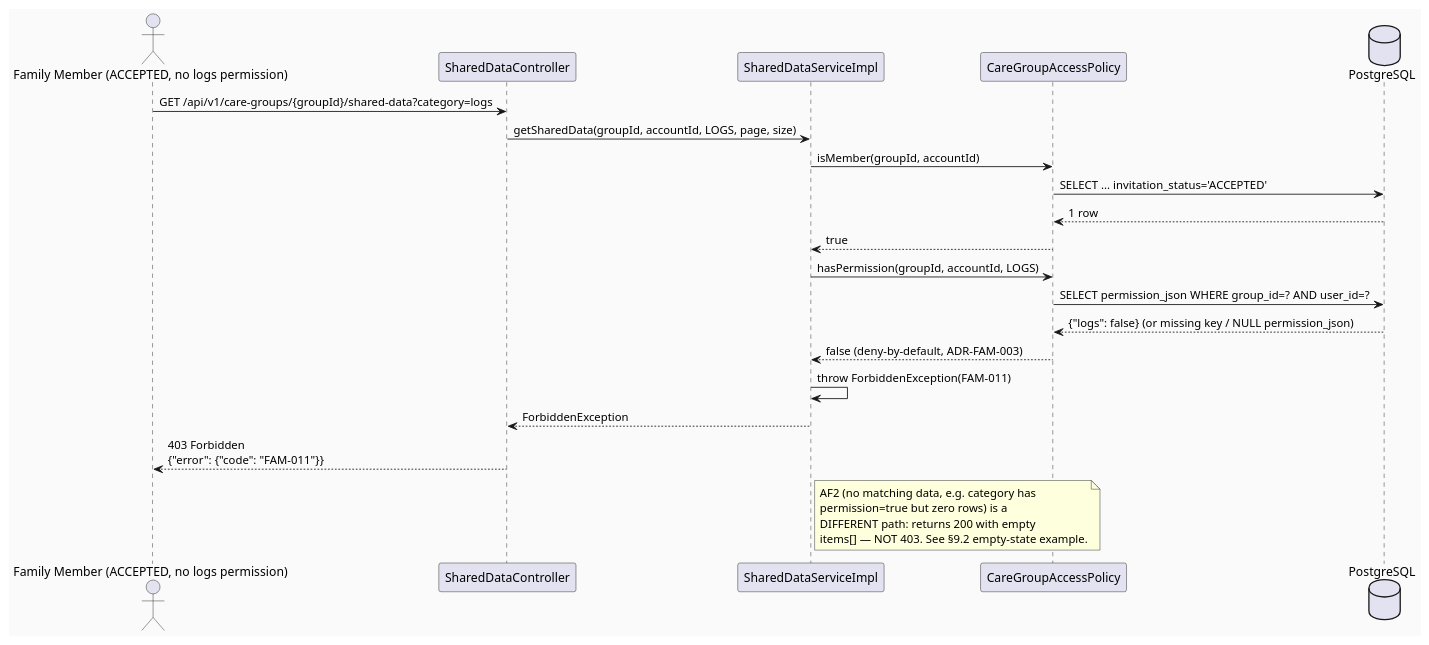
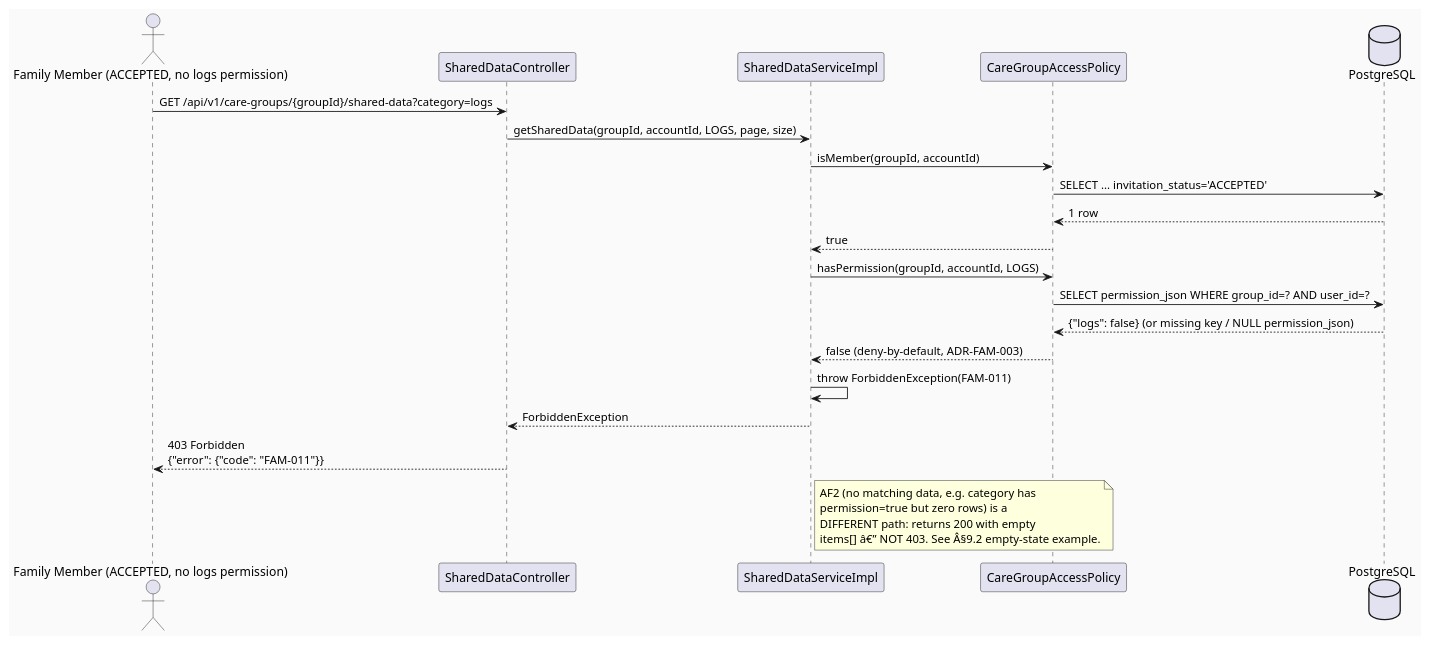
One commit to ChuongBDHE172784/CareBridge_SEP490_G79 changed the third of 3 diagrams in 04_Implement/UC84_ViewSharedData/UC84_ViewSharedData_TDS.md. Above: the diagram before and after it, drawn with PlantUML. The commit also changed other lines of this file and 174 other files, not shown here.

````diff
--- a/04_Implement/UC84_ViewSharedData/UC84_ViewSharedData_TDS.md
+++ b/04_Implement/UC84_ViewSharedData/UC84_ViewSharedData_TDS.md
@@ -381,35 +383,35 @@
 ```plantuml
 @startuml ViewSharedData_AltPath_NoPermission
 skinparam backgroundColor #FAFAFA
 
 actor "Family Member (ACCEPTED, no logs permission)" as Client
 participant "SharedDataController" as Controller
 participant "SharedDataServiceImpl" as Service
 participant "CareGroupAccessPolicy" as Policy
 database "PostgreSQL" as DB
 
 Client -> Controller : GET /api/v1/care-groups/{groupId}/shared-data?category=logs
 Controller -> Service : getSharedData(groupId, accountId, LOGS, page, size)
 Service -> Policy : isMember(groupId, accountId)
 Policy -> DB : SELECT ... invitation_status='ACCEPTED'
 DB --> Policy : 1 row
 Policy --> Service : true
 
 Service -> Policy : hasPermission(groupId, accountId, LOGS)
 Policy -> DB : SELECT permission_json WHERE group_id=? AND user_id=?
 DB --> Policy : {"logs": false} (or missing key / NULL permission_json)
 Policy --> Service : false (deny-by-default, ADR-FAM-003)
 
 Service -> Service : throw ForbiddenException(FAM-011)
 Service --> Controller : ForbiddenException
 Controller --> Client : 403 Forbidden\n{"error": {"code": "FAM-011"}}
 
 note right of Service
   AF2 (no matching data, e.g. category has
   permission=true but zero rows) is a
   DIFFERENT path: returns 200 with empty
-  items[] — NOT 403. See §9.2 empty-state example.
+  items[] â€” NOT 403. See Â§9.2 empty-state example.
 end note
 
 @enduml
 ```
````
